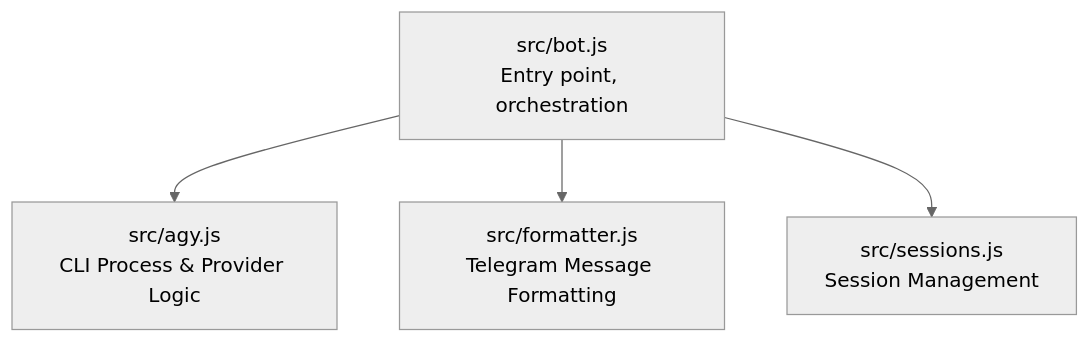
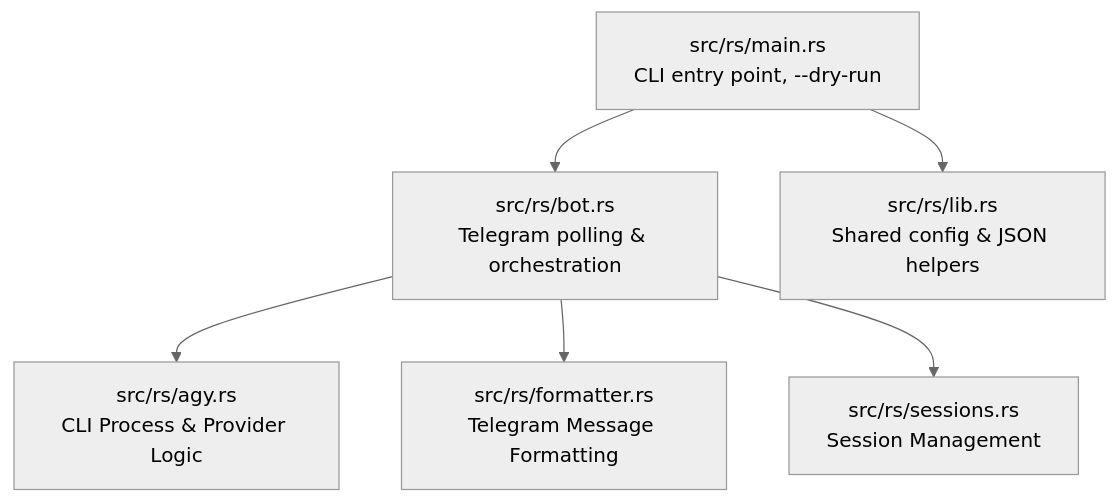
One commit to VitruvianSoftware/vitruvian-core changed the second of 6 diagrams in apps/desktop/vitruvian-code/README.md. Above: the diagram before and after it, drawn with Mermaid (neutral theme). The commit also changed other lines of this file and 22 other files, not shown here.

````diff
--- a/apps/desktop/vitruvian-code/README.md
+++ b/apps/desktop/vitruvian-code/README.md
@@ -46,6 +47,8 @@
 ```mermaid
 graph TD
-    A[src/bot.js<br>Entry point, orchestration] --> B[src/agy.js<br>CLI Process & Provider Logic]
-    A --> C[src/formatter.js<br>Telegram Message Formatting]
-    A --> D[src/sessions.js<br>Session Management]
+    M[src/rs/main.rs<br>CLI entry point, --dry-run] --> B[src/rs/bot.rs<br>Telegram polling & orchestration]
+    B --> C[src/rs/agy.rs<br>CLI Process & Provider Logic]
+    B --> D[src/rs/formatter.rs<br>Telegram Message Formatting]
+    B --> E[src/rs/sessions.rs<br>Session Management]
+    M --> L[src/rs/lib.rs<br>Shared config & JSON helpers]
 ```
````
